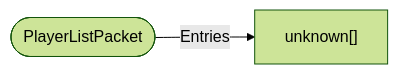
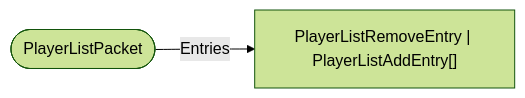
One commit to bedrock-v/protocol-docs changed the diagram in schemas/packets/PlayerListPacket.md. Above: the diagram before and after it, drawn with Mermaid (forest theme). The commit also changed 114 other files, not shown here.

````diff
--- a/schemas/packets/PlayerListPacket.md
+++ b/schemas/packets/PlayerListPacket.md
@@ -7,5 +7,5 @@
 ```mermaid
 flowchart LR
   ROOT(["PlayerListPacket"])
-  ROOT -->|"Entries"| unknown["unknown[]"]
+  ROOT -->|"Entries"| PlayerListRemoveEntry___PlayerListAddEntry["PlayerListRemoveEntry | PlayerListAddEntry[]"]
 ```
````
